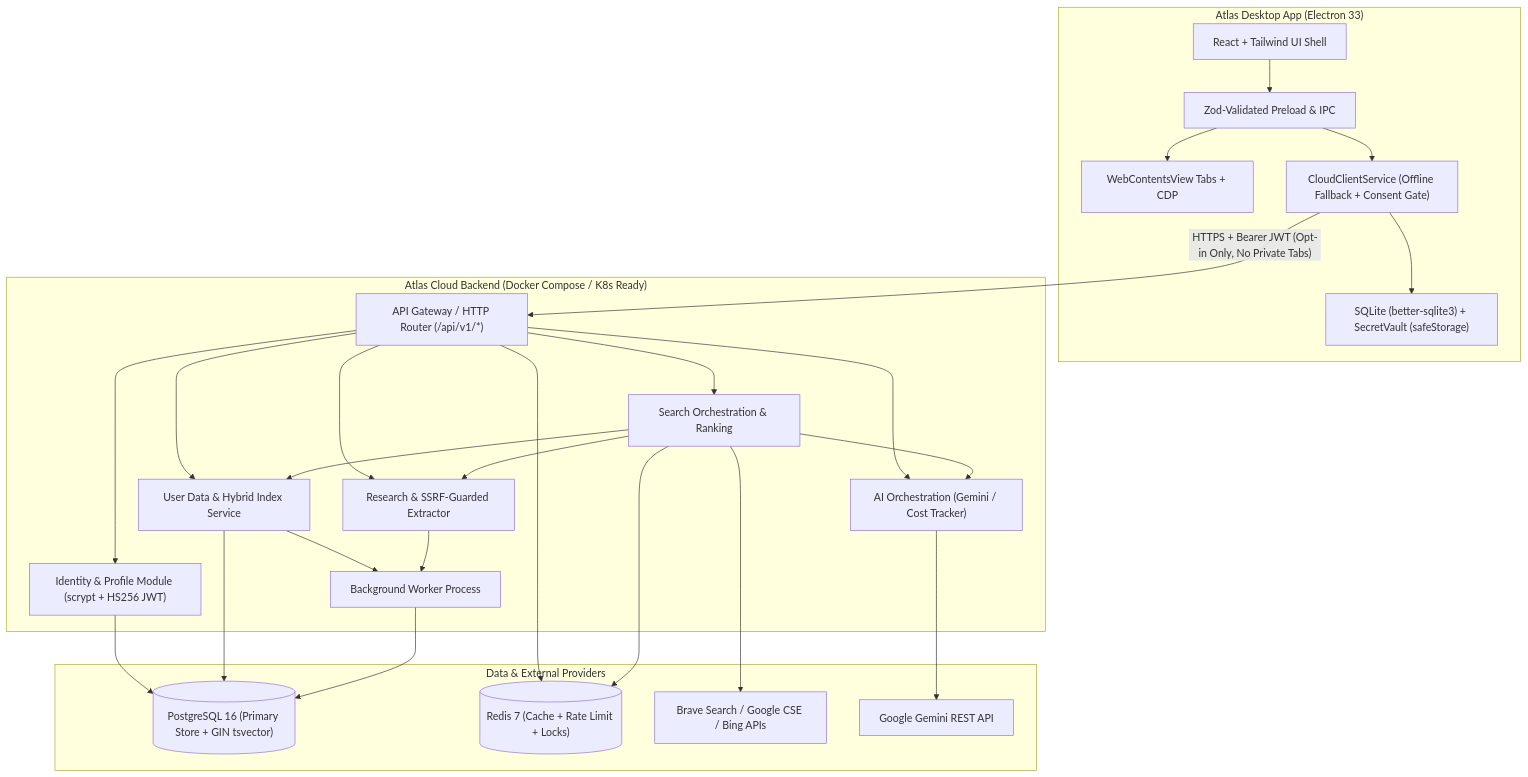
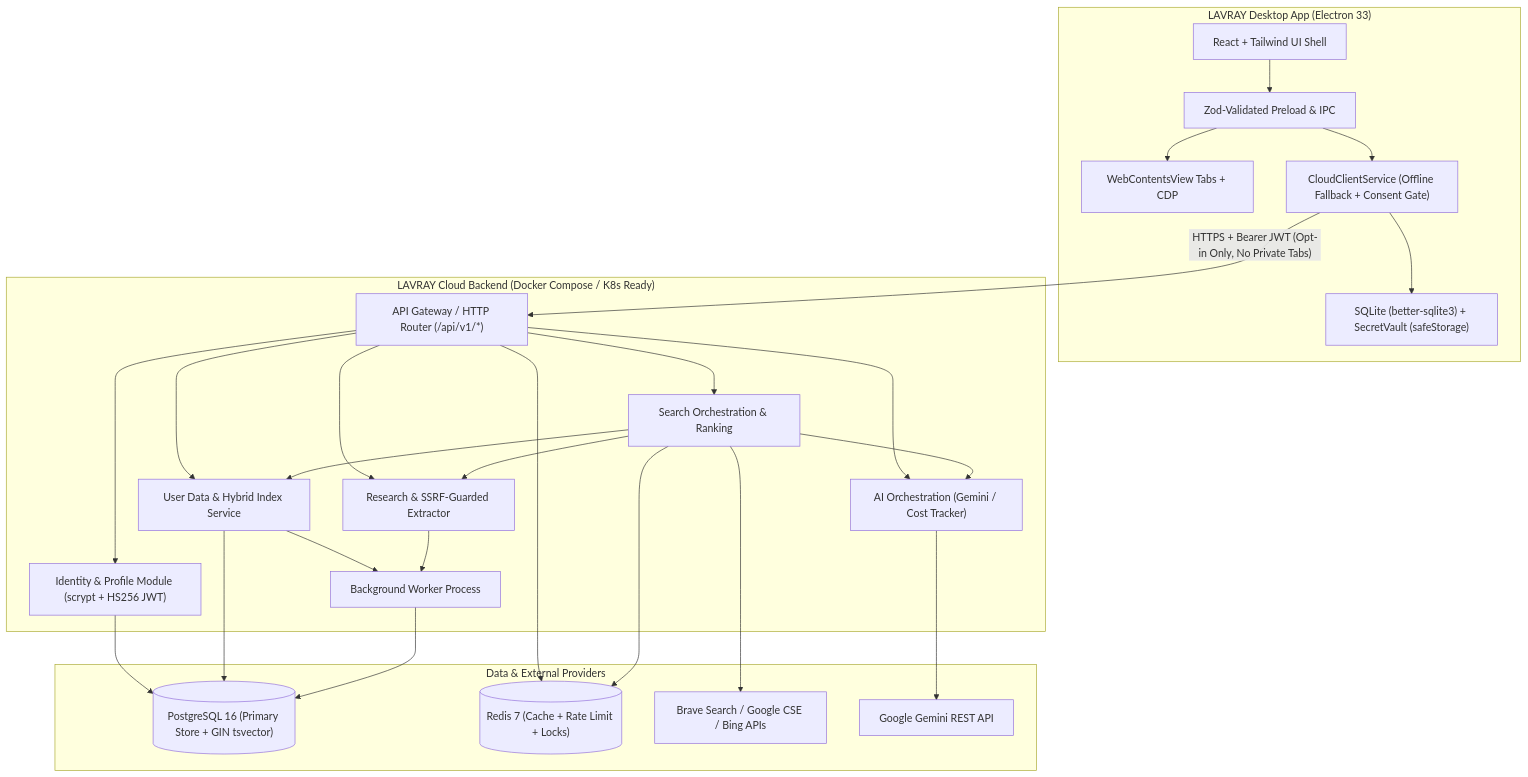
The diagram in docs/CLOUD_ARCHITECTURE.md (Mourya-N/ATLAS-Browser), drawn with Mermaid before and after one commit. The commit also changed other lines of this file and 140 other files, not shown here.

Commit message:
Rebrand Atlas Browser to LAVRAY Browser and HAYAGRIVA (HAYA) AI

````diff
--- a/docs/CLOUD_ARCHITECTURE.md
+++ b/docs/CLOUD_ARCHITECTURE.md
@@ -11,49 +11,49 @@
 ```mermaid
 flowchart TB
-  subgraph Desktop ["Atlas Desktop App (Electron 33)"]
+  subgraph Desktop ["LAVRAY Desktop App (Electron 33)"]
     UI["React + Tailwind UI Shell"]
     IPC["Zod-Validated Preload & IPC"]
     Tabs["WebContentsView Tabs + CDP"]
     LocalDB["SQLite (better-sqlite3) + SecretVault (safeStorage)"]
     CloudClient["CloudClientService (Offline Fallback + Consent Gate)"]
     UI --> IPC --> Tabs
     IPC --> CloudClient
     CloudClient --> LocalDB
   end
 
-  subgraph Cloud ["Atlas Cloud Backend (Docker Compose / K8s Ready)"]
+  subgraph Cloud ["LAVRAY Cloud Backend (Docker Compose / K8s Ready)"]
     GW["API Gateway / HTTP Router (/api/v1/*)"]
     Auth["Identity & Profile Module (scrypt + HS256 JWT)"]
     Search["Search Orchestration & Ranking"]
     AI["AI Orchestration (Gemini / Cost Tracker)"]
     Extract["Research & SSRF-Guarded Extractor"]
     UserData["User Data & Hybrid Index Service"]
     Worker["Background Worker Process"]
     GW --> Auth
     GW --> Search
     GW --> AI
     GW --> Extract
     GW --> UserData
     Search --> AI
     Search --> Extract
     Search --> UserData
     UserData --> Worker
     Extract --> Worker
   end
 
   subgraph Infra ["Data & External Providers"]
     PG[("PostgreSQL 16 (Primary Store + GIN tsvector)")]
     RD[("Redis 7 (Cache + Rate Limit + Locks)")]
     ExtSearch["Brave Search / Google CSE / Bing APIs"]
     ExtAI["Google Gemini REST API"]
   end
 
   CloudClient -- "HTTPS + Bearer JWT (Opt-in Only, No Private Tabs)" --> GW
   Auth --> PG
   UserData --> PG
   Worker --> PG
   GW --> RD
   Search --> RD
   Search --> ExtSearch
   AI --> ExtAI
 ```
````
